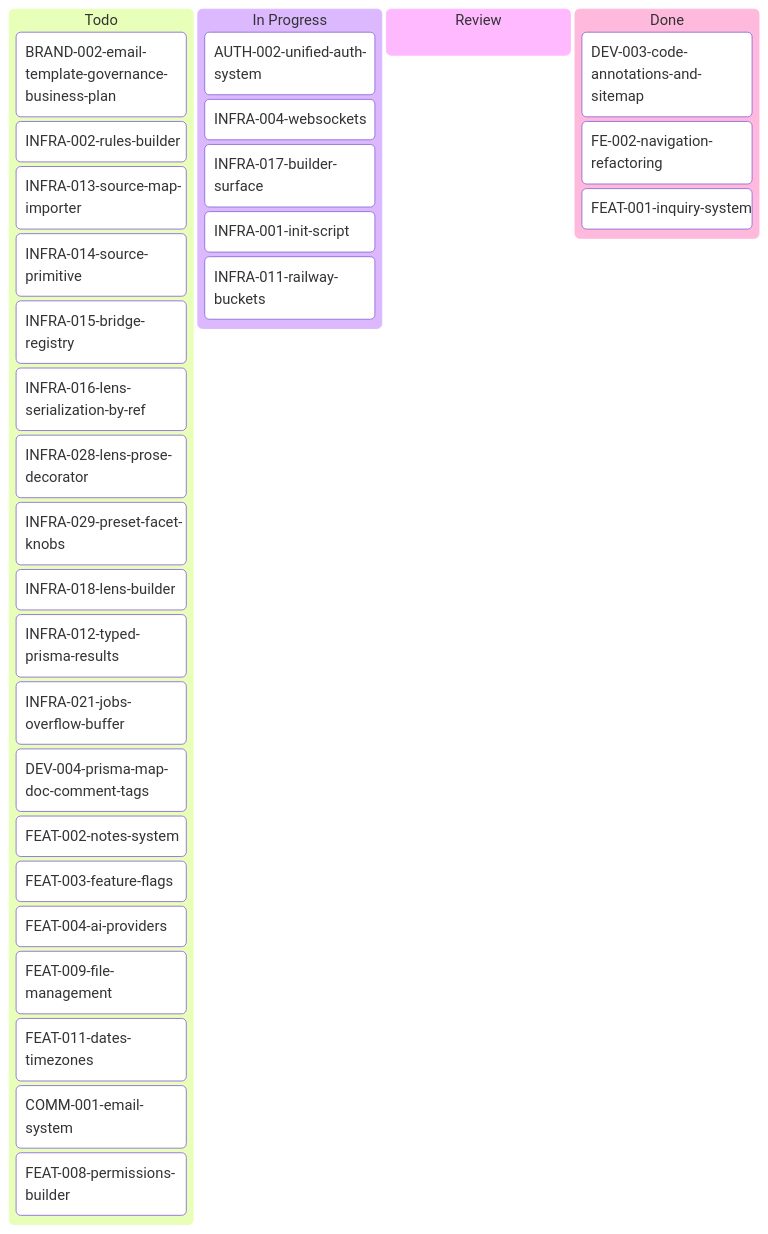
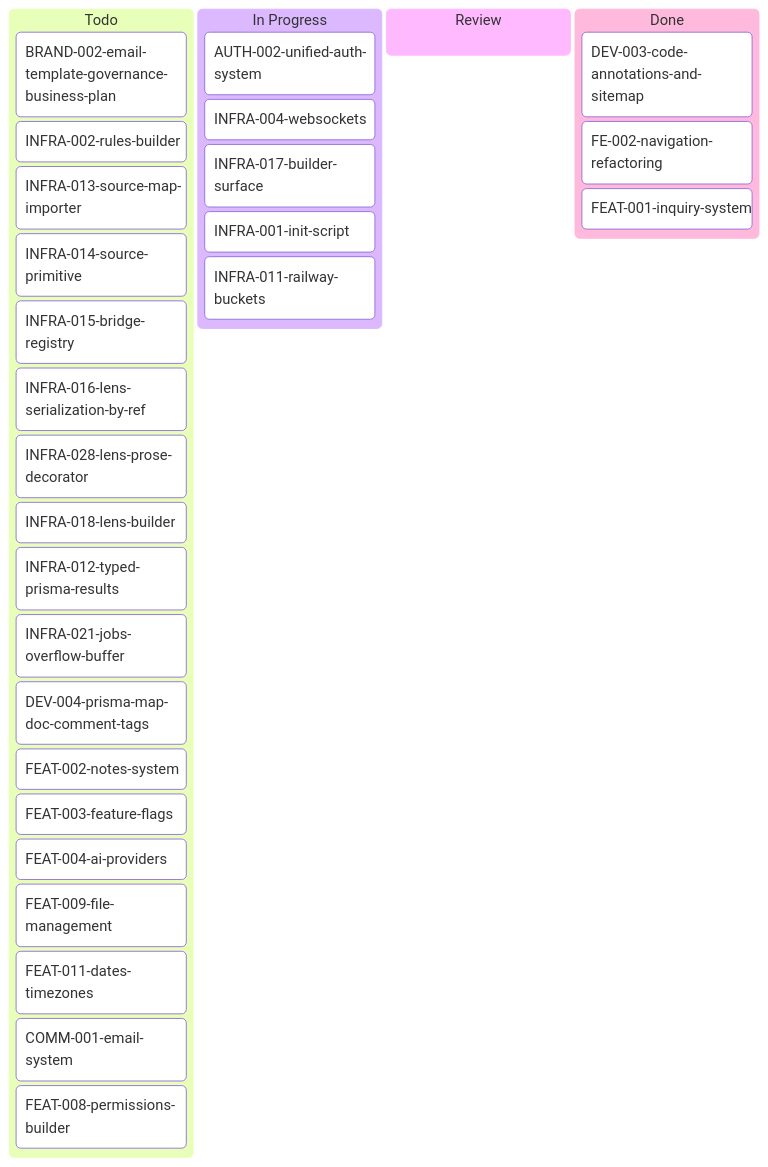
One commit to inixiative/template changed the diagram in tickets/kanban-aron.md. Above: the diagram before and after it, drawn with Mermaid. The commit also changed other lines of this file and 1 other file, not shown here.

Commit message:
INFRA-029: rules-builder 0.26.0 shipped — preset variables; Zealot side pending

````diff
--- a/tickets/kanban-aron.md
+++ b/tickets/kanban-aron.md
@@ -3,39 +3,38 @@
 ```mermaid
 ---
 config:
   kanban:
     ticketBaseUrl: 'https://github.com/yourorg/template/blob/main/tickets/#TICKET#'
 ---
 kanban
   Todo
     BRAND-002-email-template-governance-business-plan
     INFRA-002-rules-builder
     INFRA-013-source-map-importer
     INFRA-014-source-primitive
     INFRA-015-bridge-registry
     INFRA-016-lens-serialization-by-ref
     INFRA-028-lens-prose-decorator
-    INFRA-029-preset-facet-knobs
     INFRA-018-lens-builder
     INFRA-012-typed-prisma-results
     INFRA-021-jobs-overflow-buffer
     DEV-004-prisma-map-doc-comment-tags
     FEAT-002-notes-system
     FEAT-003-feature-flags
     FEAT-004-ai-providers
     FEAT-009-file-management
     FEAT-011-dates-timezones
     COMM-001-email-system
     FEAT-008-permissions-builder
   In Progress
     AUTH-002-unified-auth-system
     INFRA-004-websockets
     INFRA-017-builder-surface
     INFRA-001-init-script
     INFRA-011-railway-buckets
   Review
   Done
     DEV-003-code-annotations-and-sitemap
     FE-002-navigation-refactoring
     FEAT-001-inquiry-system
 ```
````
